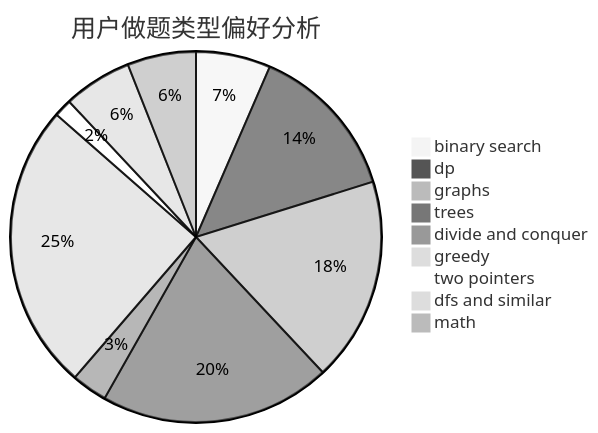
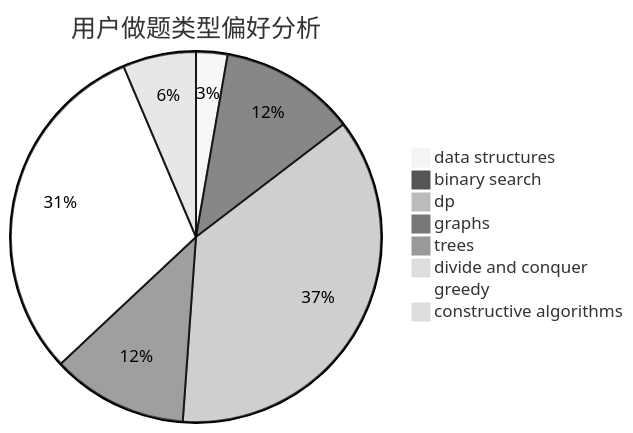
The second of 3 diagrams in docs/user/u1197.md (sherpahu/cfrs.github.io), drawn with Mermaid (neutral theme) before and after one commit. The commit also changed other lines of this file and 2775 other files, not shown here.

````diff
--- a/docs/user/u1197.md
+++ b/docs/user/u1197.md
@@ -23,12 +23,11 @@
 ```mermaid
 pie title 用户做题类型偏好分析
-    "binary search" :  50
-    "dp" :  105
-    "graphs" :  137
-    "trees" :  155
-    "divide and conquer" :  24
-    "greedy" :  193
-    "two pointers" :  12
-    "dfs and similar" :  46
-    "math" :  46
+    "data structures" :  6
+    "binary search" :  26
+    "dp" :  80
+    "graphs" :  26
+    "trees" :  0
+    "divide and conquer" :  0
+    "greedy" :  67
+    "constructive algorithms" :  14
 ```
````
